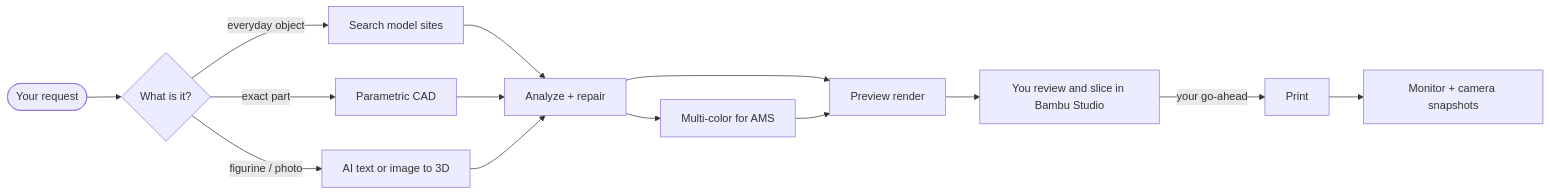
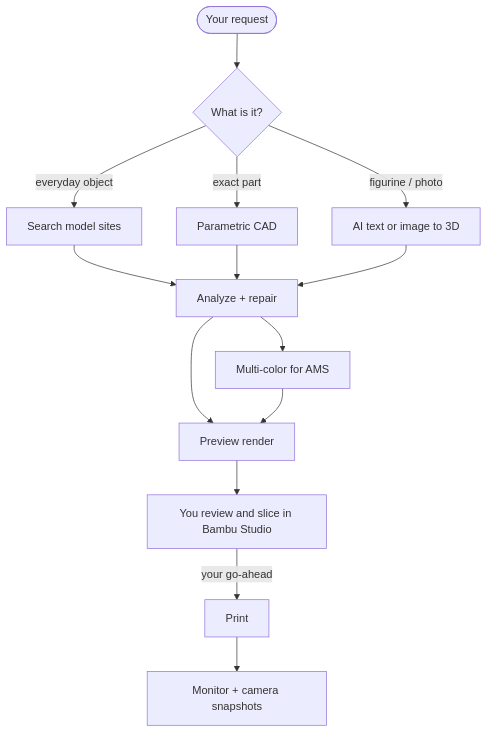
One commit to heyixuan2/bambu-studio-ai changed the diagram in README.md. Above: the diagram before and after it, drawn with Mermaid. The commit also changed other lines of this file, not shown here.

Commit message:
docs: wrap README demo, make pipeline diagram top-down so it's readable

````diff
--- a/README.md
+++ b/README.md
@@ -95,16 +99,16 @@
 ```mermaid
-flowchart LR
+flowchart TD
     R([Your request]) --> S{What is it?}
     S -->|everyday object| A[Search model sites]
     S -->|exact part| B[Parametric CAD]
     S -->|figurine / photo| C[AI text or image to 3D]
     A --> D[Analyze + repair]
     B --> D
     C --> D
     D --> E[Multi-color for AMS]
     D --> F[Preview render]
     E --> F
     F --> G[You review and slice in Bambu Studio]
     G -->|your go-ahead| H[Print]
     H --> I[Monitor + camera snapshots]
 ```
````
